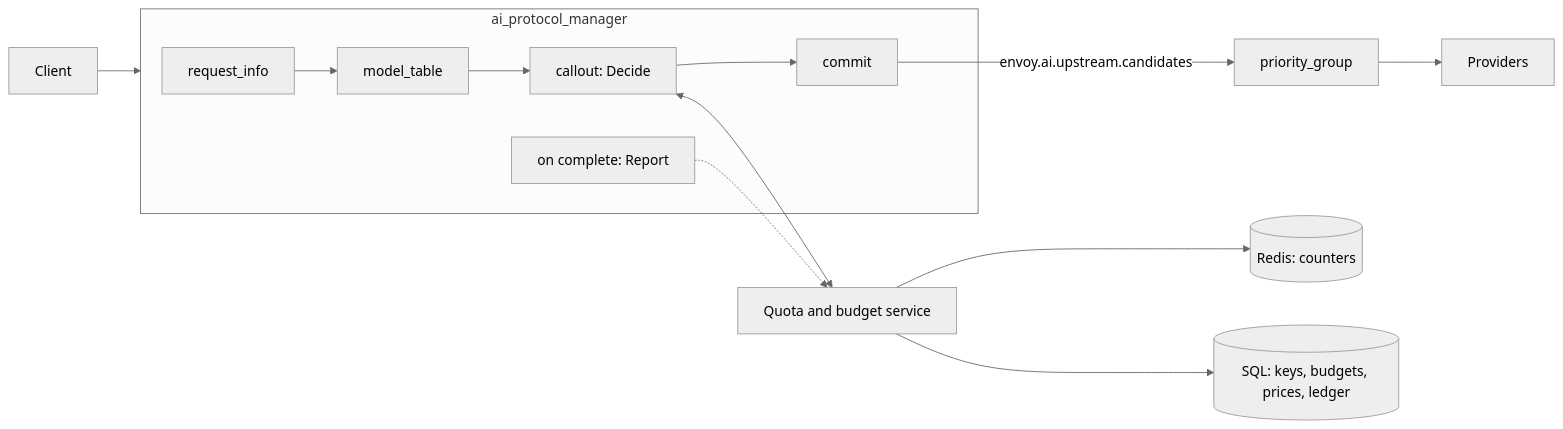
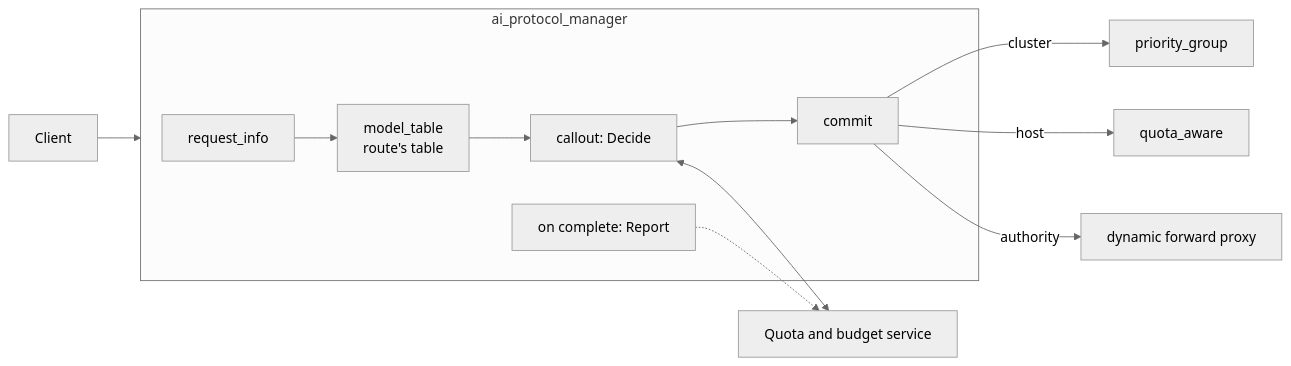
One commit to botengyao/envoy changed the first of 2 diagrams in source/docs/ai_budget_routing.md. Above: the diagram before and after it, drawn with Mermaid (neutral theme). The commit also changed other lines of this file, not shown here.

Commit message:
ai_protocol_manager: move the model list to per-route config

````diff
--- a/source/docs/ai_budget_routing.md
+++ b/source/docs/ai_budget_routing.md
@@ -22,14 +22,15 @@
 ```mermaid
 flowchart LR
   C[Client] --> APM
   subgraph APM[ai_protocol_manager]
-    RI[request_info] --> MT[model_table] --> CA[callout: Decide]
+    RI[request_info] --> MT[model_table<br/>route's table]
+    MT --> CA[callout: Decide]
     CA --> CM[commit]
     DONE[on complete: Report]
   end
-  CM -->|envoy.ai.upstream.candidates| R[priority_group] --> P[Providers]
+  CM -->|cluster| PG[priority_group]
+  CM -->|host| QA[quota_aware]
+  CM -->|authority| DFP[dynamic forward proxy]
   CA <--> QS[Quota and budget service]
   DONE -.-> QS
-  QS --> RD[(Redis: counters)]
-  QS --> PG[(SQL: keys, budgets, prices, ledger)]
 ```
````
